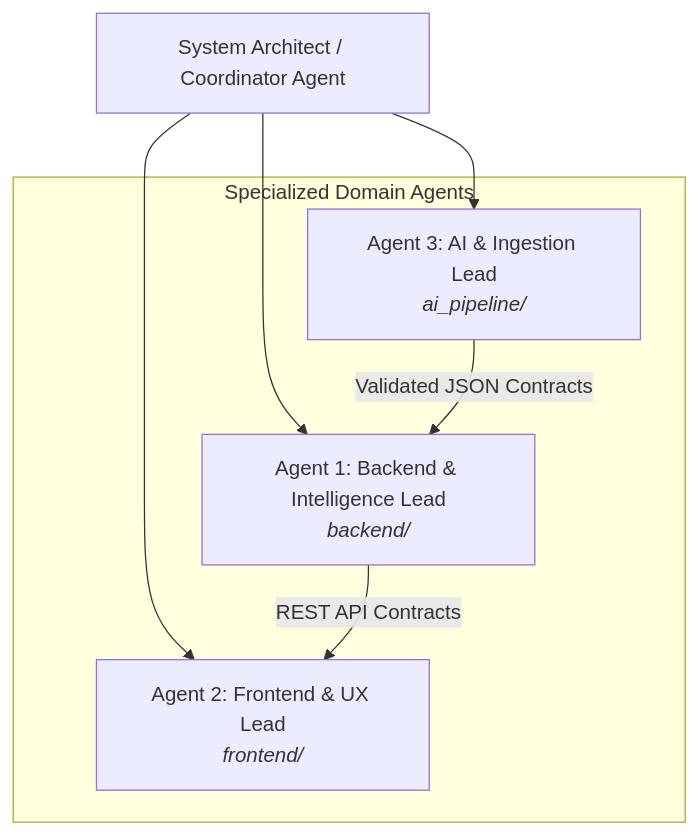
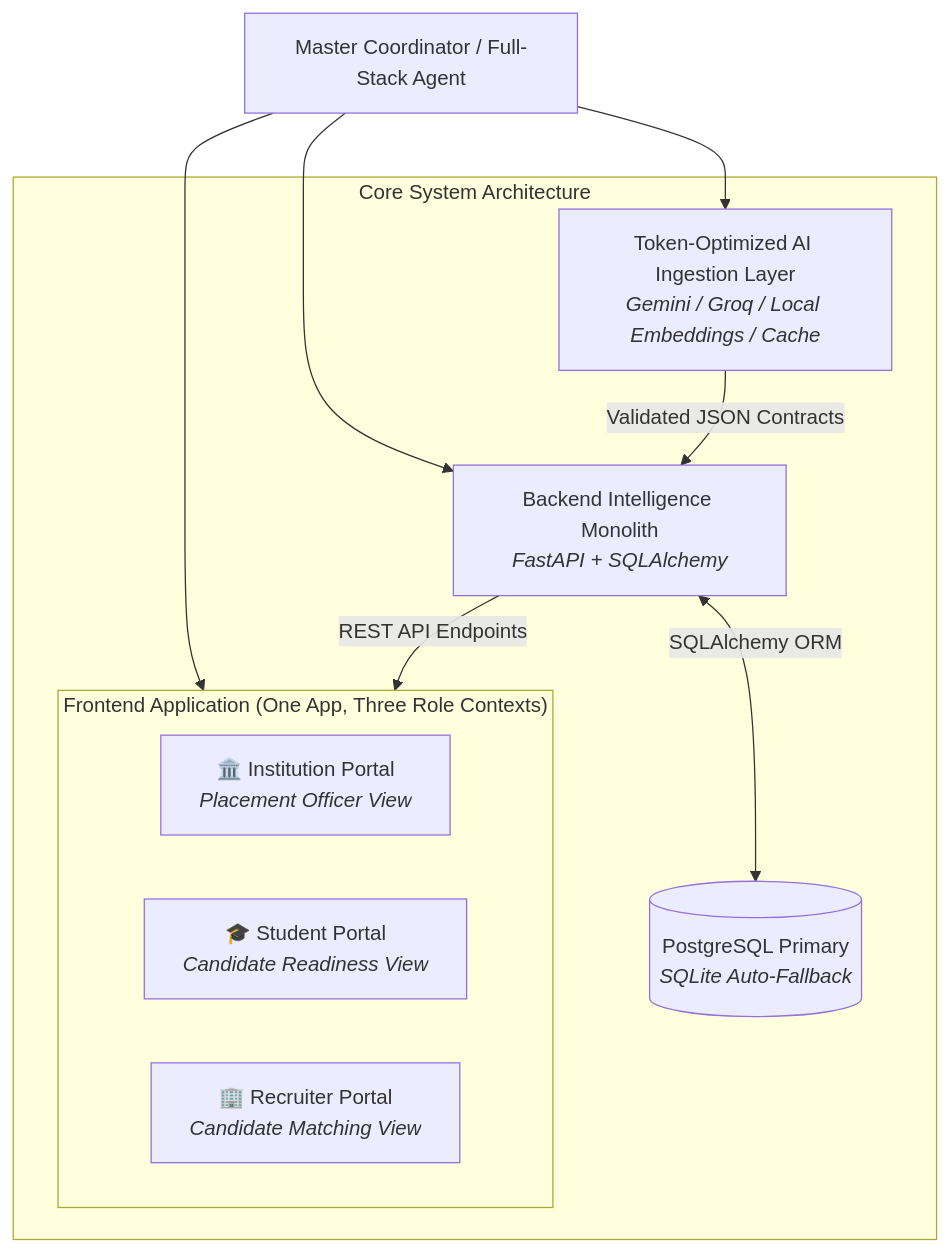
Before and after one commit to suvasanket/CampusLink: the diagram in agents.md, drawn with Mermaid. The commit also changed other lines of this file and 3 other files, not shown here.

Commit message:
docs: update master plan specification, agents protocol, and task progression tracker

````diff
--- a/agents.md
+++ b/agents.md
@@ -9,17 +13,25 @@
 ```mermaid
 flowchart TD
-    ORCH[System Architect / Coordinator Agent]
+    COORDINATOR[Master Coordinator / Full-Stack Agent]
 
-    subgraph AGENTS["Specialized Domain Agents"]
-        A1[Agent 1: Backend & Intelligence Lead<br/><i>backend/</i>]
-        A2[Agent 2: Frontend & UX Lead<br/><i>frontend/</i>]
-        A3[Agent 3: AI & Ingestion Lead<br/><i>ai_pipeline/</i>]
+    subgraph WORKSPACE["Core System Architecture"]
+        DB[(PostgreSQL Primary<br/><i>SQLite Auto-Fallback</i>)]
+        BACKEND[Backend Intelligence Monolith<br/><i>FastAPI + SQLAlchemy</i>]
+        
+        subgraph FRONTEND["Frontend Application (One App, Three Role Contexts)"]
+            P_INST[🏛️ Institution Portal<br/><i>Placement Officer View</i>]
+            P_STU[🎓 Student Portal<br/><i>Candidate Readiness View</i>]
+            P_REC[🏢 Recruiter Portal<br/><i>Candidate Matching View</i>]
+        end
+        
+        AI[Token-Optimized AI Ingestion Layer<br/><i>Gemini / Groq / Local Embeddings / Cache</i>]
     end
 
-    ORCH --> A1
-    ORCH --> A2
-    ORCH --> A3
-
-    A3 -->|Validated JSON Contracts| A1
-    A1 -->|REST API Contracts| A2
+    COORDINATOR --> BACKEND
+    COORDINATOR --> FRONTEND
+    COORDINATOR --> AI
+    
+    AI -->|Validated JSON Contracts| BACKEND
+    BACKEND <-->|SQLAlchemy ORM| DB
+    BACKEND -->|REST API Endpoints| FRONTEND
 ```
````
